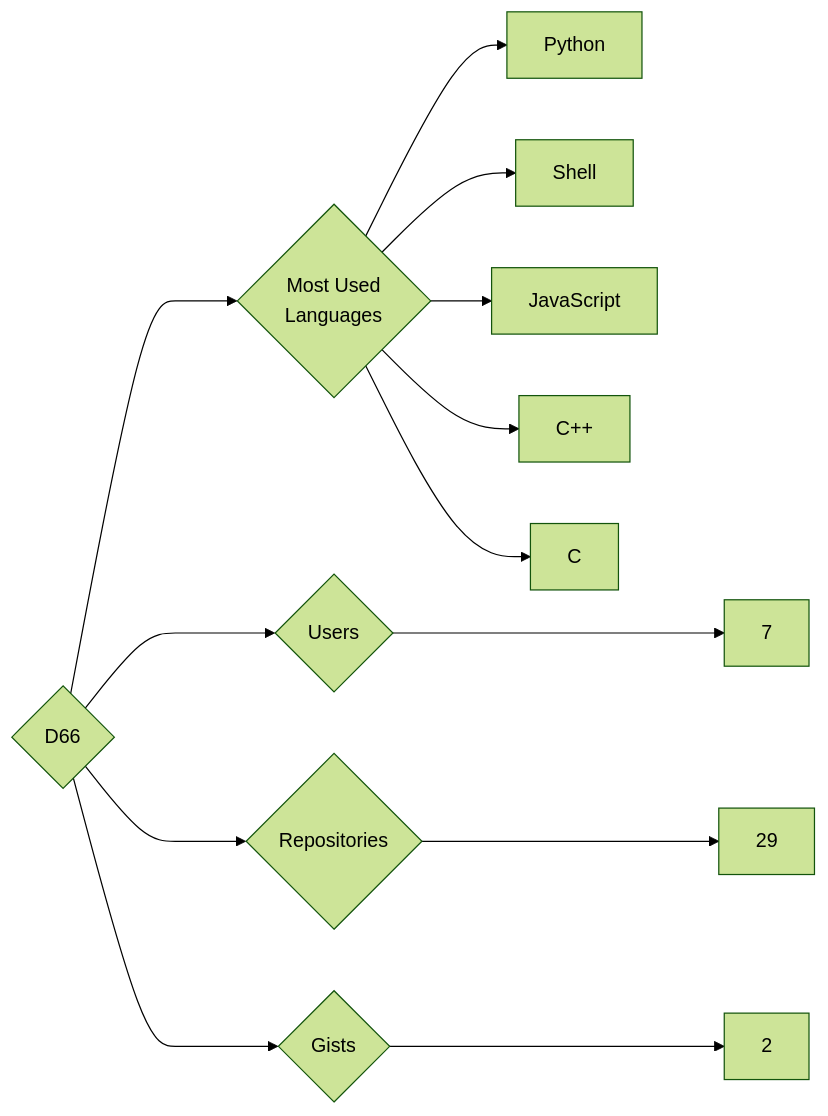
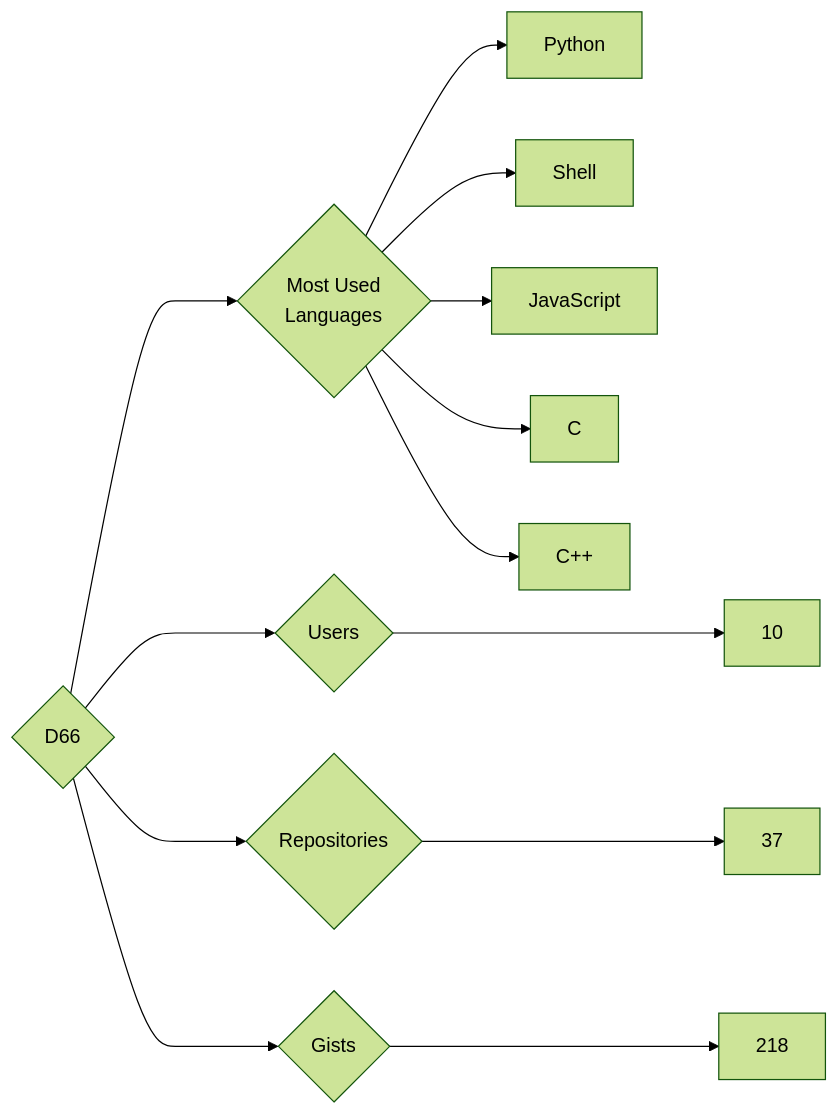
Before and after one commit to trickest/insiders: the diagram in targets/D66/README.md, drawn with Mermaid (forest theme). The commit also changed 714 other files, not shown here.

````diff
--- a/targets/D66/README.md
+++ b/targets/D66/README.md
@@ -3,13 +3,13 @@
 ```mermaid
 graph LR
 COMPANY_NAME{D66}
-COMPANY_NAME ---> U{Users} ---> UN[7]
-COMPANY_NAME ---> R{Repositories} ---> RN[29]
-COMPANY_NAME ---> G{Gists} ---> GN[2]
+COMPANY_NAME ---> U{Users} ---> UN[10]
+COMPANY_NAME ---> R{Repositories} ---> RN[37]
+COMPANY_NAME ---> G{Gists} ---> GN[218]
 COMPANY_NAME ---> ML{Most Used<br>Languages}
 ML --> Python[Python]
 ML --> Shell[Shell]
 ML --> JavaScript[JavaScript]
+ML --> C[C]
 ML --> C++[C++]
-ML --> C[C]
 ```
````
